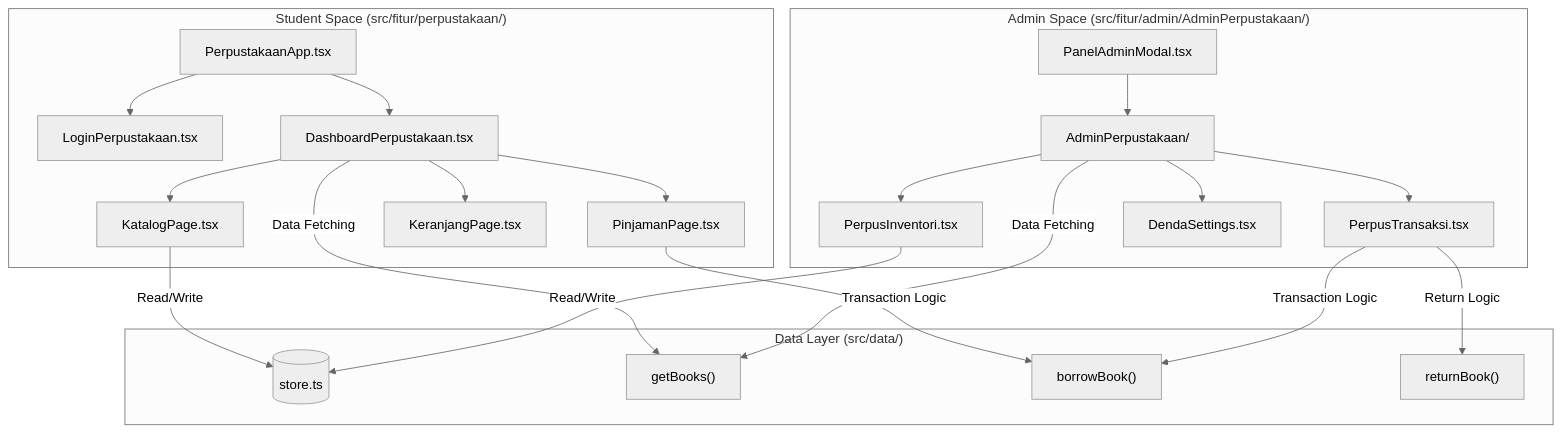
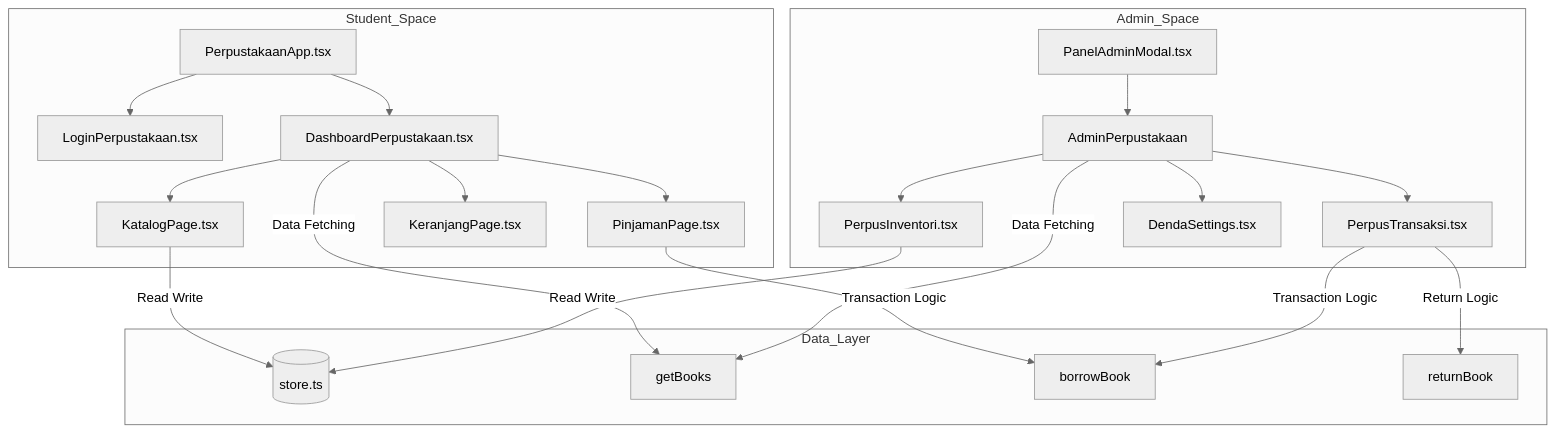
Diagram 13 of 24 in README.md (Delta-Polder-Indonesia/siakad-sekolah), drawn with Mermaid (neutral theme) before and after one commit. The commit also changed other lines of this file and 13 other files, not shown here.

````diff
--- a/README.md
+++ b/README.md
@@ -689,29 +689,29 @@
 ```mermaid
 graph TD
-    subgraph "Student Space (src/fitur/perpustakaan/)"
+    subgraph Student_Space
         A["PerpustakaanApp.tsx"] --> B["LoginPerpustakaan.tsx"]
         A --> C["DashboardPerpustakaan.tsx"]
         C --> D["KatalogPage.tsx"]
         C --> E["PinjamanPage.tsx"]
         C --> F["KeranjangPage.tsx"]
     end
 
-    subgraph "Admin Space (src/fitur/admin/AdminPerpustakaan/)"
-        G["PanelAdminModal.tsx"] --> H["AdminPerpustakaan/"]
+    subgraph Admin_Space
+        G["PanelAdminModal.tsx"] --> H["AdminPerpustakaan"]
         H --> I["PerpusInventori.tsx"]
         H --> J["PerpusTransaksi.tsx"]
         H --> K["DendaSettings.tsx"]
     end
 
-    subgraph "Data Layer (src/data/)"
+    subgraph Data_Layer
         L[("store.ts")]
-        M["getBooks()"]
-        N["borrowBook()"]
-        O["returnBook()"]
+        M["getBooks"]
+        N["borrowBook"]
+        O["returnBook"]
     end
 
-    D & I -- "Read/Write" --> L
-    E & J -- "Transaction Logic" --> N
-    J -- "Return Logic" --> O
-    C & H -- "Data Fetching" --> M
+    D & I -- Read Write --> L
+    E & J -- Transaction Logic --> N
+    J -- Return Logic --> O
+    C & H -- Data Fetching --> M
 ```
````
